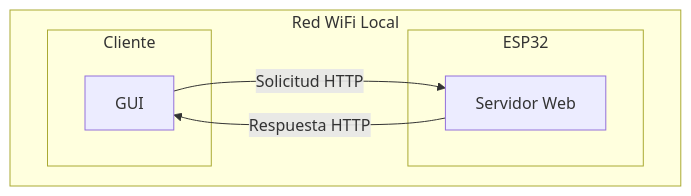
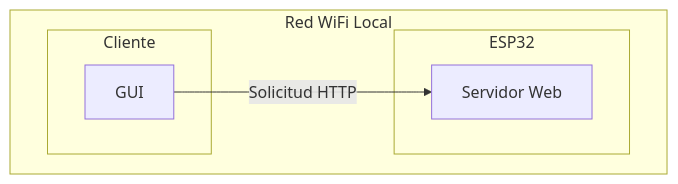
The first of 2 diagrams in README.md (JhonierNegrete10/Delta-Robot), drawn with Mermaid before and after one commit. The commit also changed other lines of this file, not shown here.

Commit message:
"Update README.md with new sequence diagram and code block"

````diff
--- a/README.md
+++ b/README.md
@@ -56,16 +56,16 @@
 ```mermaid
 graph TD
     subgraph Red WiFi Local
     subgraph ESP32
     S[Servidor Web]
     end
     subgraph Cliente
     C[GUI]
     end
     end
     
 
     C -->|Solicitud HTTP| S
-    S -->|Respuesta HTTP| C
+
 
 ```
````
